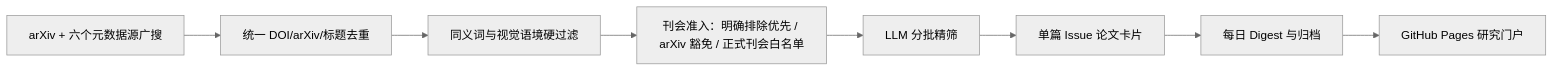
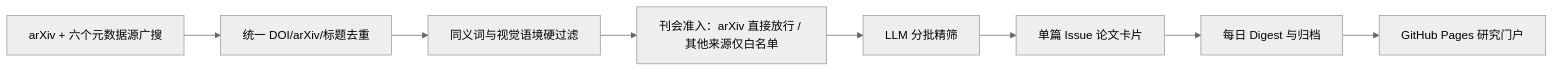
Before and after one commit to zitalk/PaperClaw: the diagram in README.md, drawn with Mermaid (neutral theme). The commit also changed 4 other files, not shown here.

````diff
--- a/README.md
+++ b/README.md
@@ -51,10 +51,10 @@
 ```mermaid
 flowchart LR
     A[arXiv + 六个元数据源广搜] --> B[统一 DOI/arXiv/标题去重]
     B --> C[同义词与视觉语境硬过滤]
-    C --> V[刊会准入：明确排除优先 / arXiv 豁免 / 正式刊会白名单]
+    C --> V[刊会准入：arXiv 直接放行 / 其他来源仅白名单]
     V --> D[LLM 分批精筛]
     D --> E[单篇 Issue 论文卡片]
     E --> F[每日 Digest 与归档]
     F --> G[GitHub Pages 研究门户]
 ```
````
